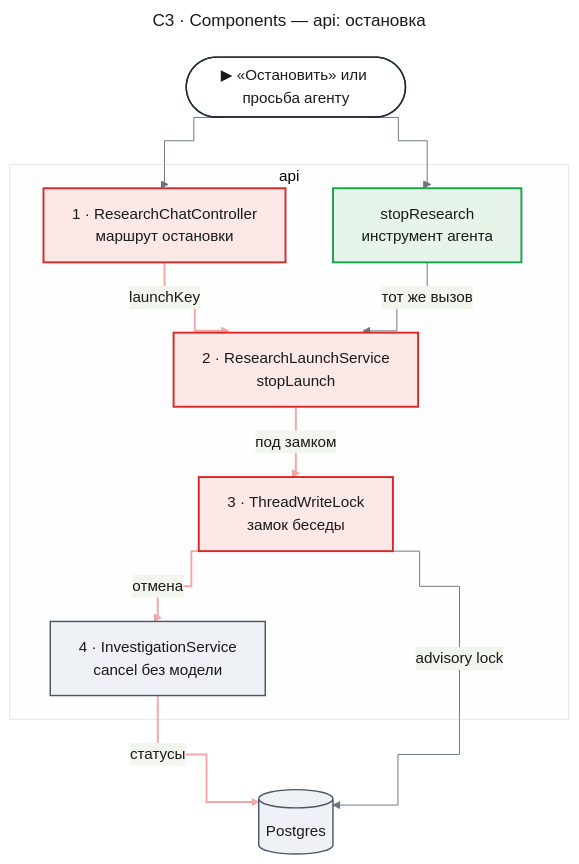
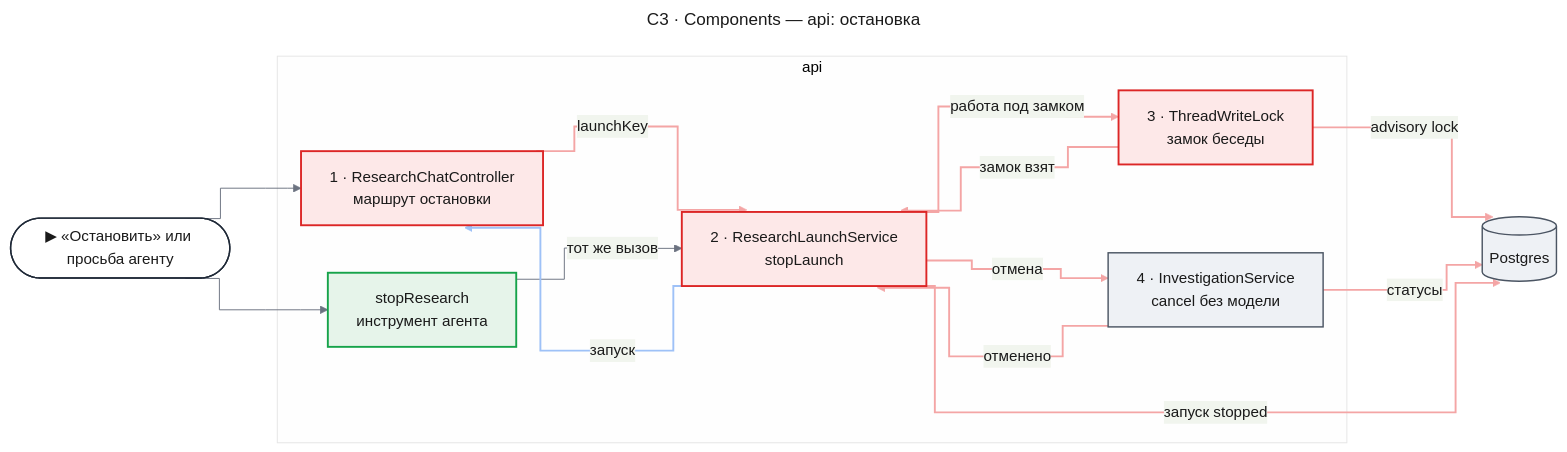
One commit to tundraray/agent-os changed the second of 16 diagrams in docs/features/agent-quality/design-lifecycle.md. Above: the diagram before and after it, drawn with Mermaid. The commit also changed other lines of this file, not shown here.

````diff
--- a/docs/features/agent-quality/design-lifecycle.md
+++ b/docs/features/agent-quality/design-lifecycle.md
@@ -211,51 +209,66 @@
 ```mermaid
 ---
 title: "C3 · Components — api: остановка"
 config:
   theme: base
   look: classic
   themeVariables:
     primaryColor: "#eef1f5"
     primaryBorderColor: "#4b5563"
     primaryTextColor: "#1a1a1a"
     lineColor: "#6b7280"
   flowchart:
     curve: step
   themeCSS: |
-    @keyframes lit_lcc3s{0%,22.5%{stroke:#991b1b;stroke-width:6px}25%,100%{stroke:#f4a5a5;stroke-width:2px}}
+    @keyframes lit_lcc3s{0%,10%{stroke:#991b1b;stroke-width:6px}11.1%,100%{stroke:#f4a5a5;stroke-width:2px}}
+    @keyframes litr_lcc3s{0%,10%{stroke:#1d4ed8;stroke-width:6px}11.1%,100%{stroke:#9ec1f7;stroke-width:2px}}
 ---
-flowchart TB
+flowchart LR
     entry(["▶ «Остановить» или просьба агенту"])
     subgraph api["api"]
         ctl["1 · ResearchChatController<br/>маршрут остановки"]
         tool["stopResearch<br/>инструмент агента"]
         svc["2 · ResearchLaunchService<br/>stopLaunch"]
         lock["3 · ThreadWriteLock<br/>замок беседы"]
         inv["4 · InvestigationService<br/>cancel без модели"]
     end
     pg[("Postgres")]
     entry --> ctl
     entry --> tool
     ctl e1@-->|"launchKey"| svc
     tool -->|"тот же вызов"| svc
-    svc e2@-->|"под замком"| lock
-    lock e3@-->|"отмена"| inv
-    inv e4@-->|"статусы"| pg
-    lock -->|"advisory lock"| pg
+    svc e2@-->|"работа под замком"| lock
+    lock e3@-->|"advisory lock"| pg
+    lock e4@-->|"замок взят"| svc
+    svc e5@-->|"отмена"| inv
+    inv e6@-->|"статусы"| pg
+    inv e7@-->|"отменено"| svc
+    svc e8@-->|"запуск stopped"| pg
+    svc e9@-->|"запуск"| ctl
     classDef entry fill:#ffffff,stroke:#1f2937,stroke-width:1.5px,color:#1a1a1a
     classDef changed fill:#fde8e8,stroke:#dc2626,stroke-width:2px,color:#1a1a1a
     classDef new fill:#e6f4ea,stroke:#16a34a,stroke-width:2px,color:#1a1a1a
     classDef unchanged fill:#eef1f5,stroke:#4b5563,stroke-width:1.5px,color:#1a1a1a
-    classDef w1 stroke:#f4a5a5,stroke-width:2px,animation:lit_lcc3s 4.8s linear 0s infinite
-    classDef w2 stroke:#f4a5a5,stroke-width:2px,animation:lit_lcc3s 4.8s linear 1.2s infinite
-    classDef w3 stroke:#f4a5a5,stroke-width:2px,animation:lit_lcc3s 4.8s linear 2.4s infinite
-    classDef w4 stroke:#f4a5a5,stroke-width:2px,animation:lit_lcc3s 4.8s linear 3.6s infinite
+    classDef w1 stroke:#f4a5a5,stroke-width:2px,animation:lit_lcc3s 10.8s linear 0s infinite
+    classDef w2 stroke:#f4a5a5,stroke-width:2px,animation:lit_lcc3s 10.8s linear 1.2s infinite
+    classDef w3 stroke:#f4a5a5,stroke-width:2px,animation:lit_lcc3s 10.8s linear 2.4s infinite
+    classDef w4 stroke:#f4a5a5,stroke-width:2px,animation:lit_lcc3s 10.8s linear 3.6s infinite
+    classDef w5 stroke:#f4a5a5,stroke-width:2px,animation:lit_lcc3s 10.8s linear 4.8s infinite
+    classDef w6 stroke:#f4a5a5,stroke-width:2px,animation:lit_lcc3s 10.8s linear 6s infinite
+    classDef w7 stroke:#f4a5a5,stroke-width:2px,animation:lit_lcc3s 10.8s linear 7.2s infinite
+    classDef w8 stroke:#f4a5a5,stroke-width:2px,animation:lit_lcc3s 10.8s linear 8.4s infinite
+    classDef r9 stroke:#9ec1f7,stroke-width:2px,animation:litr_lcc3s 10.8s linear 9.6s infinite
     class entry entry
     class ctl,svc,lock changed
     class tool new
     class inv,pg unchanged
     class e1 w1
     class e2 w2
     class e3 w3
     class e4 w4
+    class e5 w5
+    class e6 w6
+    class e7 w7
+    class e8 w8
+    class e9 r9
 ```
````
